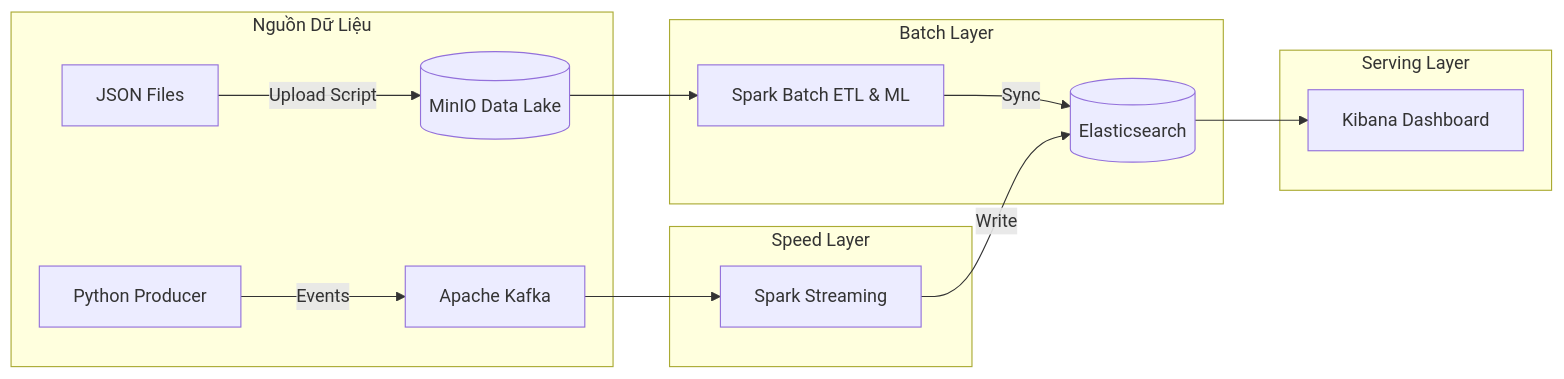
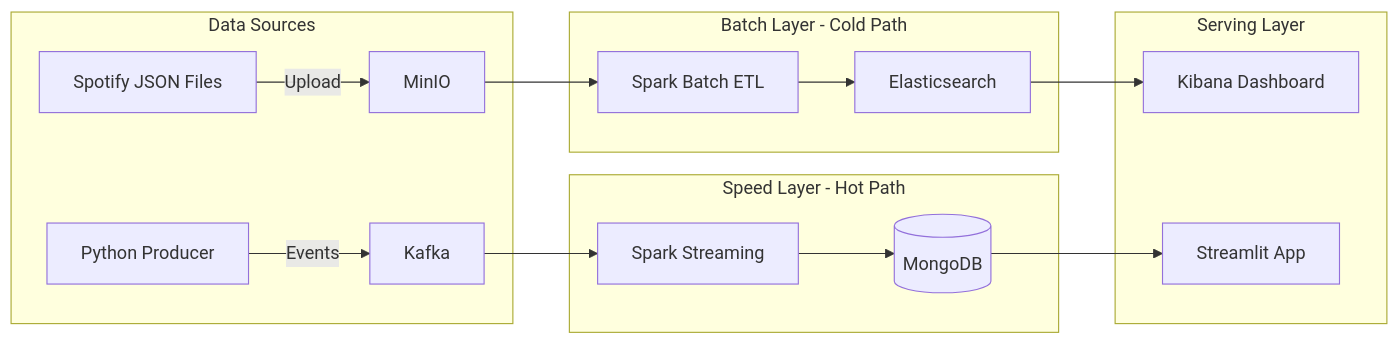
Before and after one commit to bigdata-hust-2025-1/spotify-bigdata-pipeline: the diagram in README.md, drawn with Mermaid. The commit also changed other lines of this file, not shown here.

````diff
--- a/README.md
+++ b/README.md
@@ -20,25 +38,22 @@
 ```mermaid
 graph LR
-    subgraph SOURCES [Nguồn Dữ Liệu]
-        File[JSON Files] -->|Upload Script| MinIO
-        Sim[Python Producer] -->|Events| Kafka
+    subgraph SOURCES [Data Sources]
+        File[Spotify JSON Files] -->|Upload| MinIO
+        Producer[Python Producer] -->|Events| Kafka
     end
 
-    subgraph BATCH_LAYER [Batch Layer]
-        MinIO[(MinIO Data Lake)]
-        SparkBatch[Spark Batch ETL & ML]
-        MinIO --> SparkBatch
-        SparkBatch -->|Sync| ES[(Elasticsearch)]
+    subgraph BATCH [Batch Layer - Cold Path]
+        MinIO --> SparkBatch[Spark Batch ETL]
+        SparkBatch --> ES[Elasticsearch]
     end
 
-    subgraph SPEED_LAYER [Speed Layer]
-        Kafka[Apache Kafka]
-        SparkStream[Spark Streaming]
-        Kafka --> SparkStream
-        SparkStream -->|Write| ES
+    subgraph STREAM [Speed Layer - Hot Path]
+        Kafka --> SparkStream[Spark Streaming]
+        SparkStream --> Mongo[(MongoDB)]
     end
 
     subgraph SERVING [Serving Layer]
         ES --> Kibana[Kibana Dashboard]
+        Mongo --> Streamlit[Streamlit App]
     end
 ```
````
